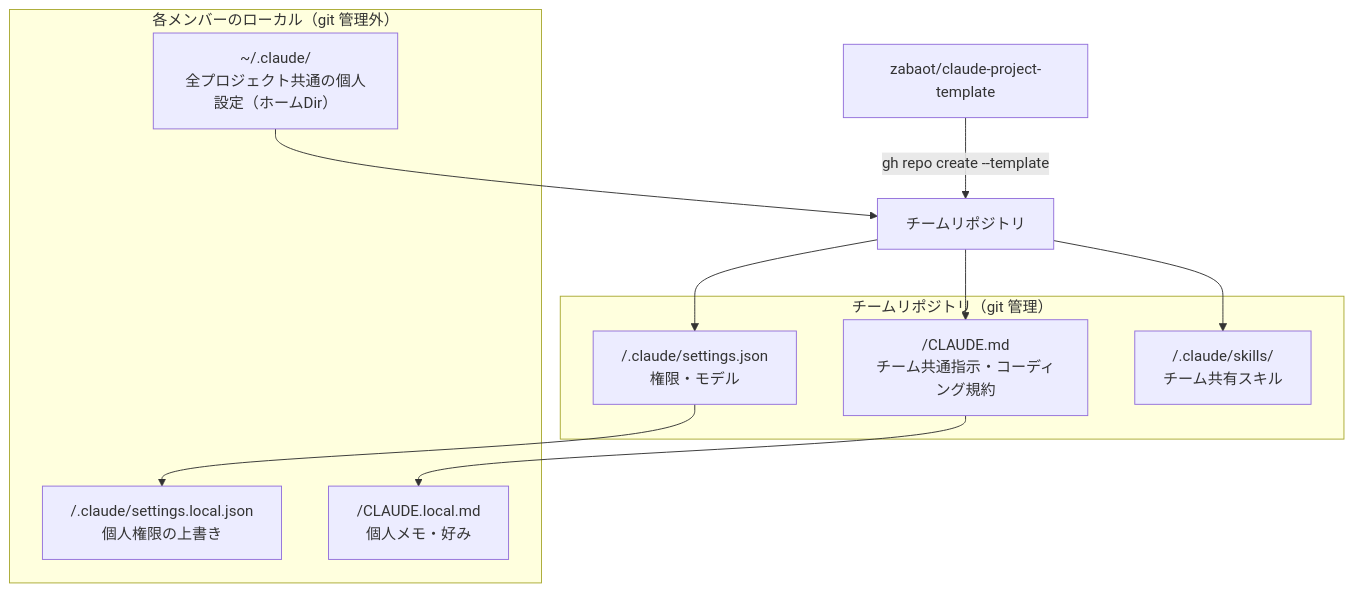
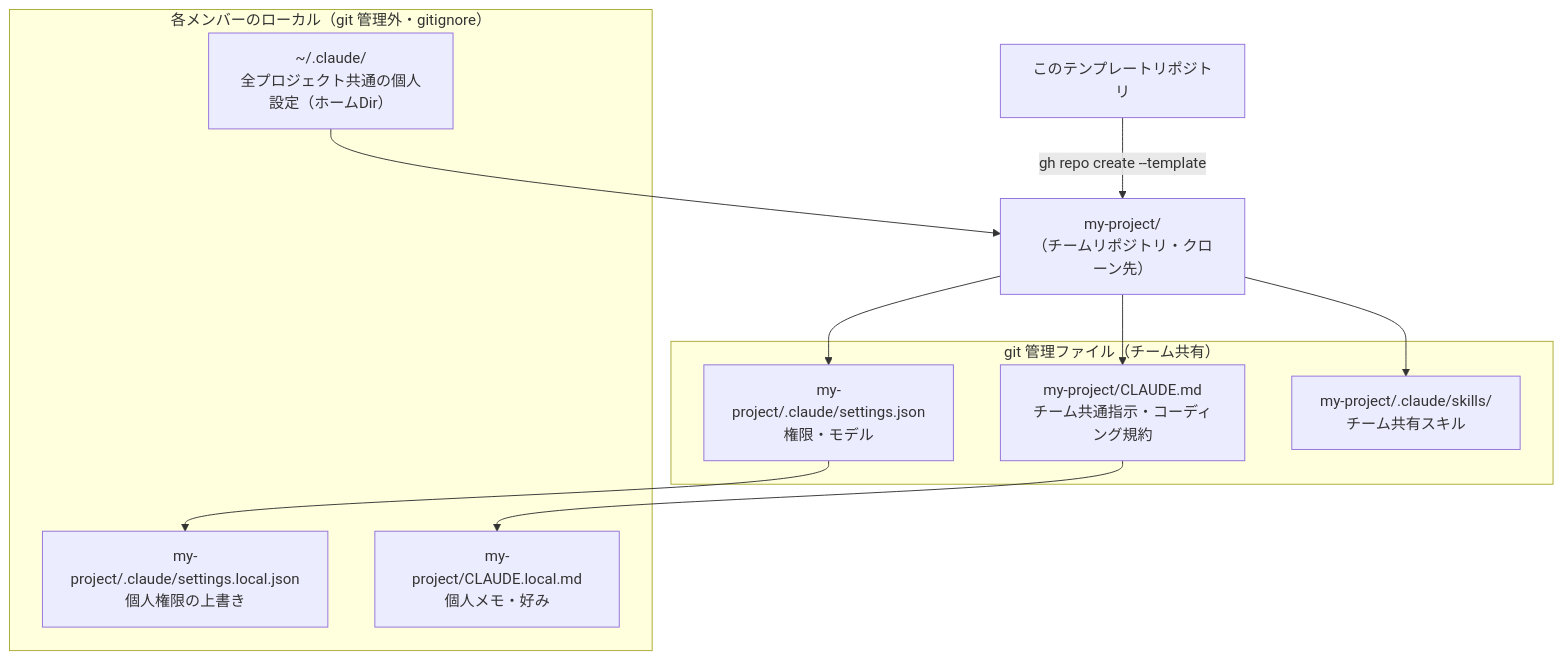
One commit to zabaot/claude-project-template changed the fifth of 7 diagrams in README.md. Above: the diagram before and after it, drawn with Mermaid. The commit also changed other lines of this file, not shown here.

Commit message:
Fix Mermaid diagrams: replace <project>/ with my-project/, remove GitHub username from node

````diff
--- a/README.md
+++ b/README.md
@@ -200,21 +200,21 @@
 ```mermaid
 graph TD
-    T["zabaot/claude-project-template"] -->|"gh repo create --template"| R["チームリポジトリ"]
+    T["このテンプレートリポジトリ"] -->|"gh repo create --template"| R["my-project/\n（チームリポジトリ・クローン先）"]
 
-    subgraph team["チームリポジトリ（git 管理）"]
-        CM["<project>/CLAUDE.md\nチーム共通指示・コーディング規約"]
-        ST["<project>/.claude/settings.json\n権限・モデル"]
-        SK["<project>/.claude/skills/\nチーム共有スキル"]
+    subgraph team["git 管理ファイル（チーム共有）"]
+        CM["my-project/CLAUDE.md\nチーム共通指示・コーディング規約"]
+        ST["my-project/.claude/settings.json\n権限・モデル"]
+        SK["my-project/.claude/skills/\nチーム共有スキル"]
     end
 
-    subgraph personal["各メンバーのローカル（git 管理外）"]
-        SL["<project>/.claude/settings.local.json\n個人権限の上書き"]
-        CL["<project>/CLAUDE.local.md\n個人メモ・好み"]
+    subgraph personal["各メンバーのローカル（git 管理外・gitignore）"]
+        SL["my-project/.claude/settings.local.json\n個人権限の上書き"]
+        CL["my-project/CLAUDE.local.md\n個人メモ・好み"]
         US["~/.claude/\n全プロジェクト共通の個人設定（ホームDir）"]
     end
 
     R --> CM & ST & SK
     CM --> CL
     ST --> SL
     US --> R
 ```
````
